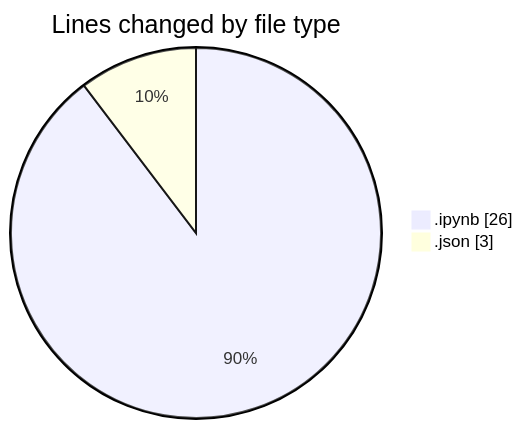
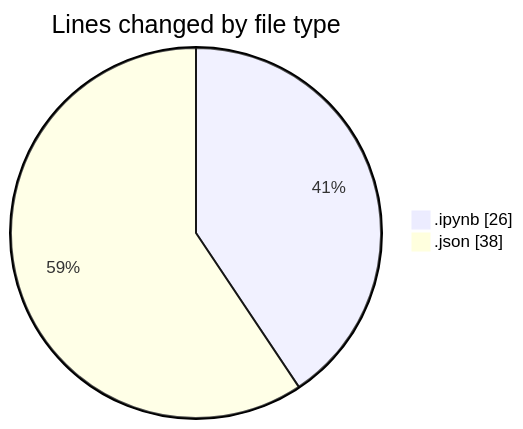
The first of 2 diagrams in 2026-02-26/python_ai/README.md (hasnaa123/code-tracking), drawn with Mermaid before and after one commit. The commit also changed other lines of this file and 1 other file, not shown here.

````diff
--- a/2026-02-26/python_ai/README.md
+++ b/2026-02-26/python_ai/README.md
@@ -21,6 +22,6 @@
 ```mermaid
 pie showData
 title Lines changed by file type
 ".ipynb" : 26
-".json" : 3
+".json" : 38
 ```
````
